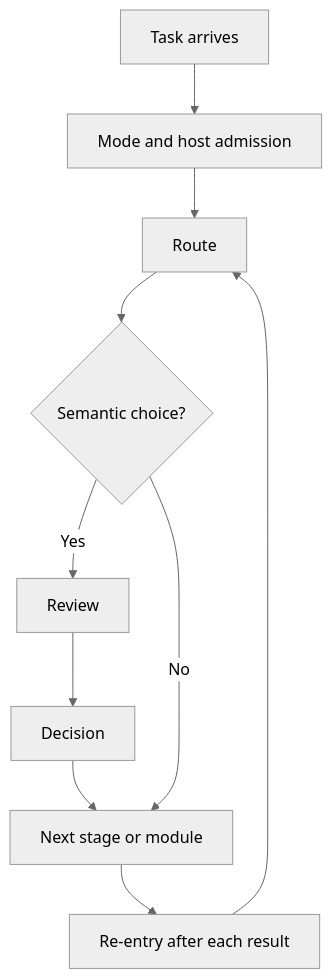
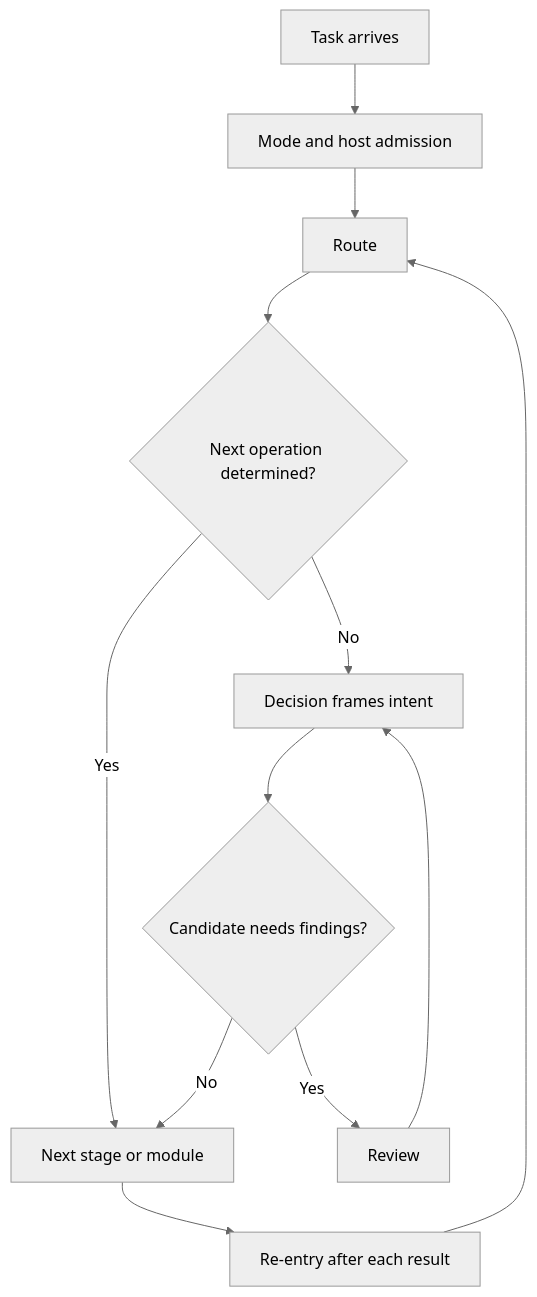
One commit to shaggyfeng/Dev-Skill-Rebon changed the second of 2 diagrams in README.md. Above: the diagram before and after it, drawn with Mermaid (neutral theme). The commit also changed other lines of this file and 6 other files, not shown here.

Commit message:
Center Decision on indirect engineering intent

````diff
--- a/README.md
+++ b/README.md
@@ -71,12 +71,14 @@
 ```mermaid
 flowchart TB
     A["Task arrives"] --> B["Mode and host admission"]
     B --> C["Route"]
-    C --> D{"Semantic choice?"}
-    D -->|"Yes"| E["Review"]
-    E --> F["Decision"]
-    F --> G["Next stage or module"]
-    D -->|"No"| G
+    C --> D{"Next operation determined?"}
+    D -->|"Yes"| G["Next stage or module"]
+    D -->|"No"| E["Decision frames intent"]
+    E --> F{"Candidate needs findings?"}
+    F -->|"Yes"| I["Review"]
+    I --> E
+    F -->|"No"| G
     G --> H["Re-entry after each result"]
     H --> C
 ```
````
